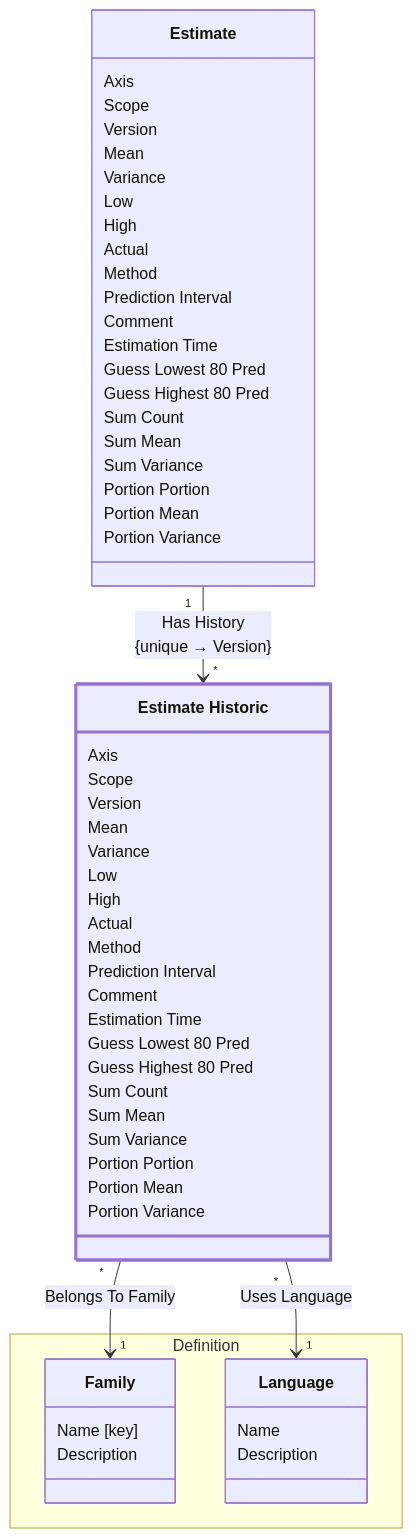
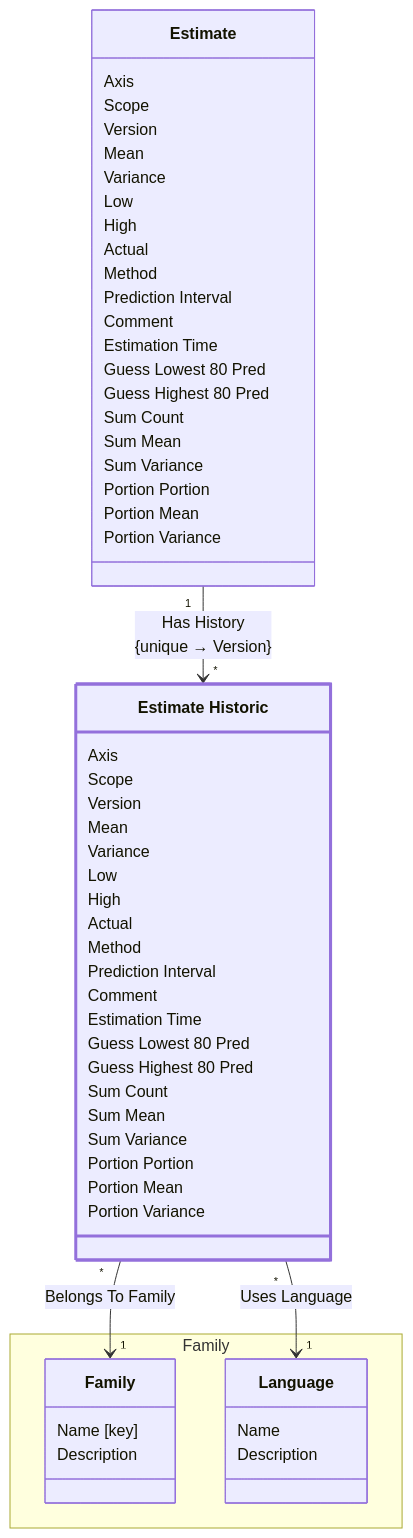
The diagram in examples/requirements/req/output/development/class-domain.process.subdomain.estimation.class.estimate_historic.md (glemzurg/glemzurg), drawn with Mermaid before and after one commit. The commit also changed other lines of this file and 62 other files, not shown here.

````diff
--- a/examples/requirements/req/output/development/class-domain.process.subdomain.estimation.class.estimate_historic.md
+++ b/examples/requirements/req/output/development/class-domain.process.subdomain.estimation.class.estimate_historic.md
@@ -56,67 +56,67 @@
 ```mermaid
 ---
 config:
   class:
     hideEmptyMembersBox: true
 ---
 classDiagram
 class class_domain_process_subdomain_estimation_class_estimate["Estimate"] {
         Axis
         Scope
         Version
         Mean
         Variance
         Low
         High
         Actual
         Method
         Prediction Interval
         Comment
         Estimation Time
         Guess Lowest 80 Pred
         Guess Highest 80 Pred
         Sum Count
         Sum Mean
         Sum Variance
         Portion Portion
         Portion Mean
         Portion Variance
     }
 class class_domain_process_subdomain_estimation_class_estimate_historic["Estimate Historic"] {
         Axis
         Scope
         Version
         Mean
         Variance
         Low
         High
         Actual
         Method
         Prediction Interval
         Comment
         Estimation Time
         Guess Lowest 80 Pred
         Guess Highest 80 Pred
         Sum Count
         Sum Mean
         Sum Variance
         Portion Portion
         Portion Mean
         Portion Variance
     }
-namespace Definition {
-class class_domain_process_subdomain_definition_class_family["Family"] {
+namespace Family {
+class class_domain_process_subdomain_family_class_family["Family"] {
             Name [key]
             Description
         }
-class class_domain_process_subdomain_definition_class_language["Language"] {
+class class_domain_process_subdomain_family_class_language["Language"] {
             Name
             Description
         }
 }
 style class_domain_process_subdomain_estimation_class_estimate_historic stroke:#9370DB,stroke-width:3px
-class_domain_process_subdomain_estimation_class_estimate_historic "*" --> "1" class_domain_process_subdomain_definition_class_family : Belongs To Family
-class_domain_process_subdomain_estimation_class_estimate_historic "*" --> "1" class_domain_process_subdomain_definition_class_language : Uses Language
+class_domain_process_subdomain_estimation_class_estimate_historic "*" --> "1" class_domain_process_subdomain_family_class_family : Belongs To Family
+class_domain_process_subdomain_estimation_class_estimate_historic "*" --> "1" class_domain_process_subdomain_family_class_language : Uses Language
 class_domain_process_subdomain_estimation_class_estimate "1" --> "*" class_domain_process_subdomain_estimation_class_estimate_historic : Has History<br/>{unique → Version}
 
 ```
````
